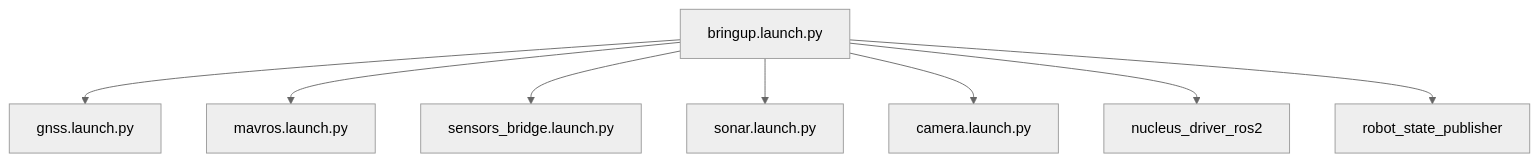
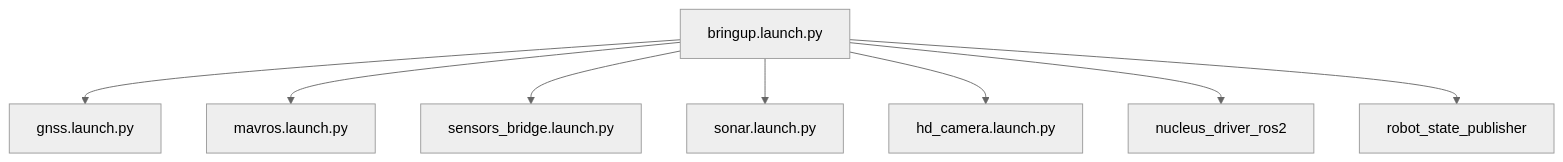
Before and after one commit to PinchyFamily/mr_pinchy_bringup: the diagram in README.md, drawn with Mermaid (neutral theme). The commit also changed other lines of this file and 7 other files, not shown here.

First line of the commit message:
Add RealSense and web-viewer camera launches; use hd_camera for bringup

````diff
--- a/README.md
+++ b/README.md
@@ -38,11 +40,11 @@
 ```mermaid
 flowchart TD
     bringup[bringup.launch.py]
     bringup --> gnss[gnss.launch.py]
     bringup --> mavros[mavros.launch.py]
     bringup --> bridges[sensors_bridge.launch.py]
     bringup --> sonar[sonar.launch.py]
-    bringup --> camera[camera.launch.py]
+    bringup --> camera[hd_camera.launch.py]
     bringup --> nucleusExt[nucleus_driver_ros2]
     bringup --> rsp["robot_state_publisher"]
 ```
````
